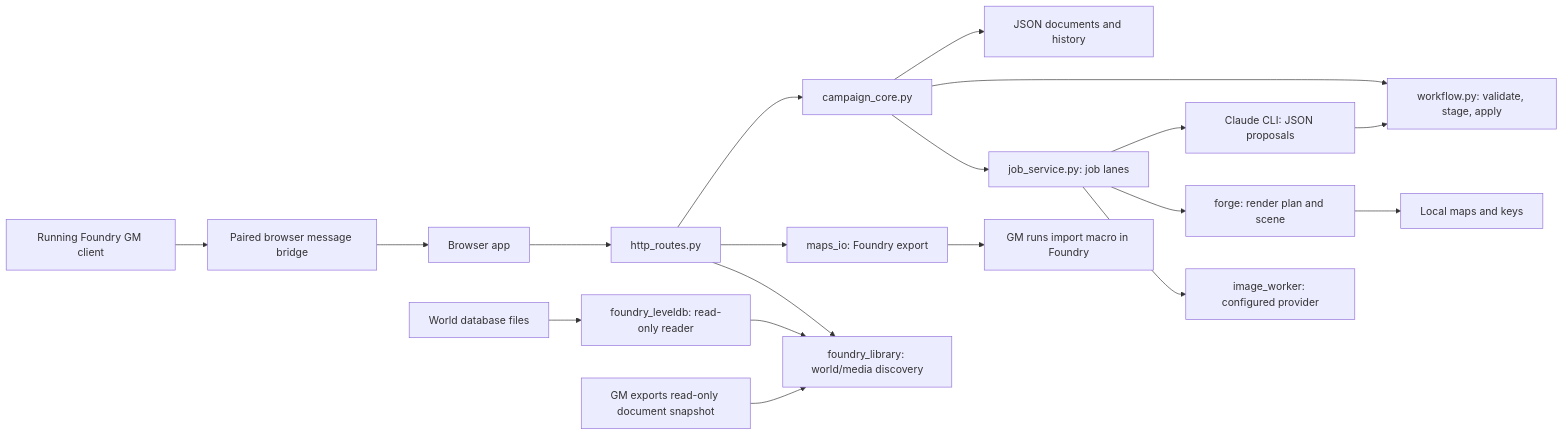
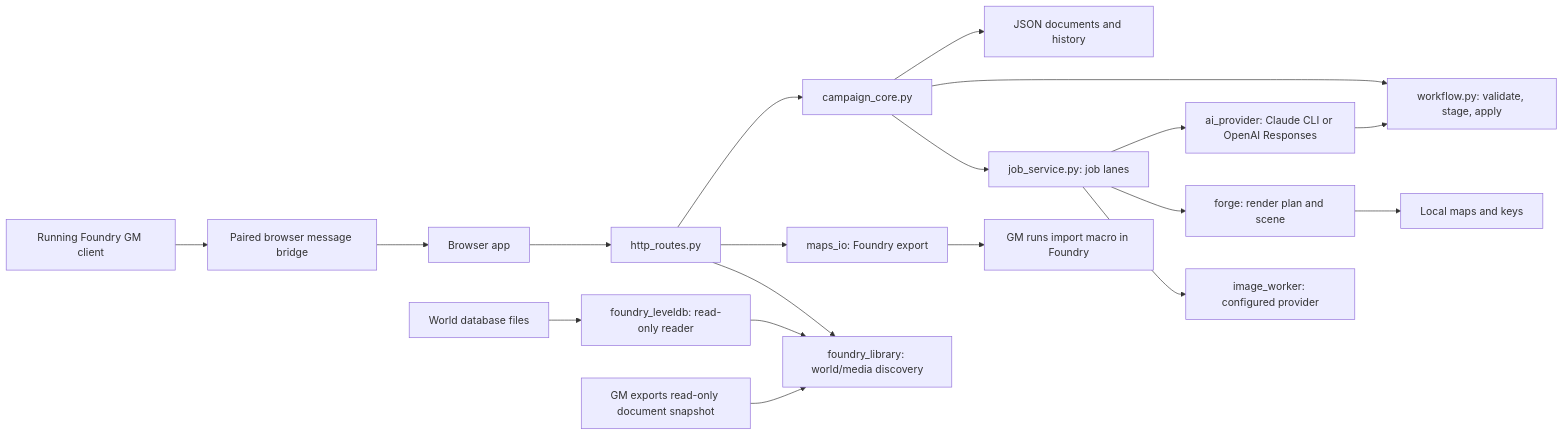
One commit to LimtlessLtd/campaign-studio changed the diagram in docs/ARCHITECTURE.md. Above: the diagram before and after it, drawn with Mermaid. The commit also changed other lines of this file and 18 other files, not shown here.

First line of the commit message:
Add OpenAI structured drafting as an alternative provider

````diff
--- a/docs/ARCHITECTURE.md
+++ b/docs/ARCHITECTURE.md
@@ -6,19 +6,19 @@
 ```mermaid
 flowchart LR
   UI[Browser app] --> HTTP[http_routes.py]
   HTTP --> Core[campaign_core.py]
   Core --> Docs[JSON documents and history]
   Core --> WF[workflow.py: validate, stage, apply]
   Core --> Queue[job_service.py: job lanes]
-  Queue --> AI[Claude CLI: JSON proposals]
+  Queue --> AI[ai_provider: Claude CLI or OpenAI Responses]
   AI --> WF
   Queue --> Forge[forge: render plan and scene]
   Queue --> Art[image_worker: configured provider]
   Forge --> Maps[Local maps and keys]
   HTTP --> Export[maps_io: Foundry export]
   Export --> Macro[GM runs import macro in Foundry]
   HTTP --> Library[foundry_library: world/media discovery]
   WorldFiles[World database files] --> LevelDB[foundry_leveldb: read-only reader] --> Library
   FoundrySnapshot[GM exports read-only document snapshot] --> Library
   FoundryGM[Running Foundry GM client] --> Bridge[Paired browser message bridge] --> UI
 ```
````
